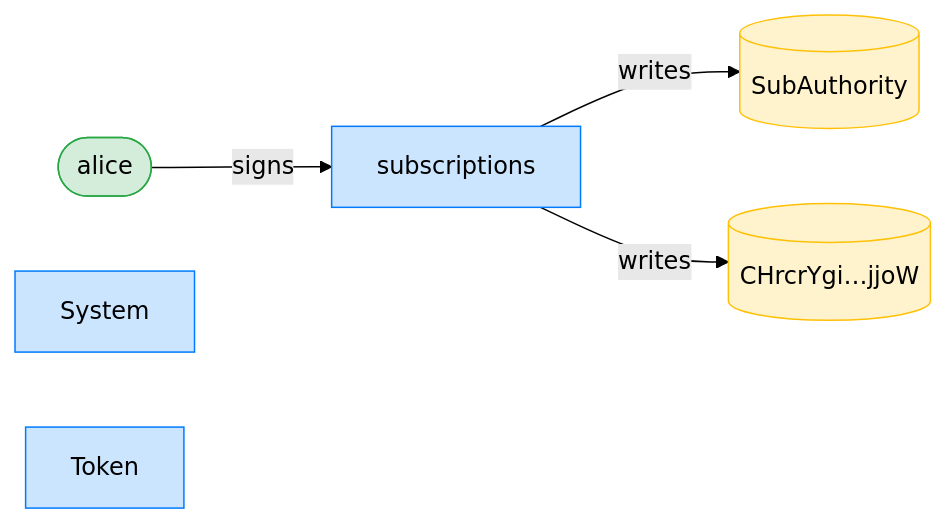
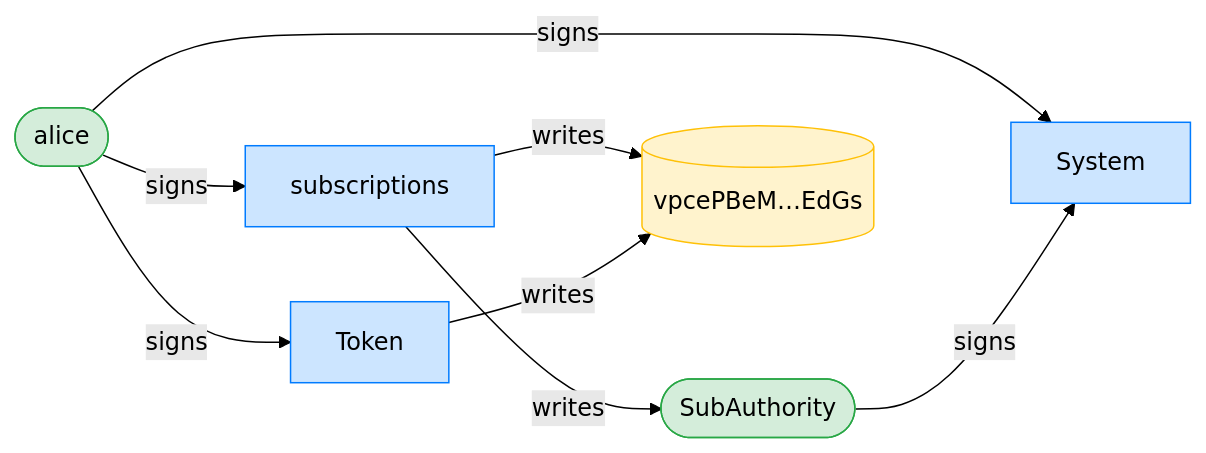
The third of 16 diagrams in dsl_tests/recurring-transfer-delegator-mismatch-exploit-is-blocked.md (cds-rs/subscriptions), drawn with Mermaid (forest theme) before and after one commit. The commit also changed other lines of this file and 224 other files, not shown here.

````diff
--- a/dsl_tests/recurring-transfer-delegator-mismatch-exploit-is-blocked.md
+++ b/dsl_tests/recurring-transfer-delegator-mismatch-exploit-is-blocked.md
@@ -55,15 +56,19 @@
 ```mermaid
 flowchart LR
     classDef signer fill:#d4edda,stroke:#28a745;
     classDef program fill:#cce5ff,stroke:#007bff;
     classDef writable fill:#fff3cd,stroke:#ffc107;
     subscriptions[subscriptions]:::program
     alice([alice]):::signer
-    SubAuthority[(SubAuthority)]:::writable
-    CHrcrYgi_jjoW[("CHrcrYgi…jjoW")]:::writable
+    SubAuthority([SubAuthority]):::signer
+    vpcePBeM_EdGs[("vpcePBeM…EdGs")]:::writable
     System[System]:::program
     Token[Token]:::program
     alice -->|signs| subscriptions
+    alice -->|signs| System
+    SubAuthority -->|signs| System
+    alice -->|signs| Token
     subscriptions -->|writes| SubAuthority
-    subscriptions -->|writes| CHrcrYgi_jjoW
+    subscriptions -->|writes| vpcePBeM_EdGs
+    Token -->|writes| vpcePBeM_EdGs
 ```
````
